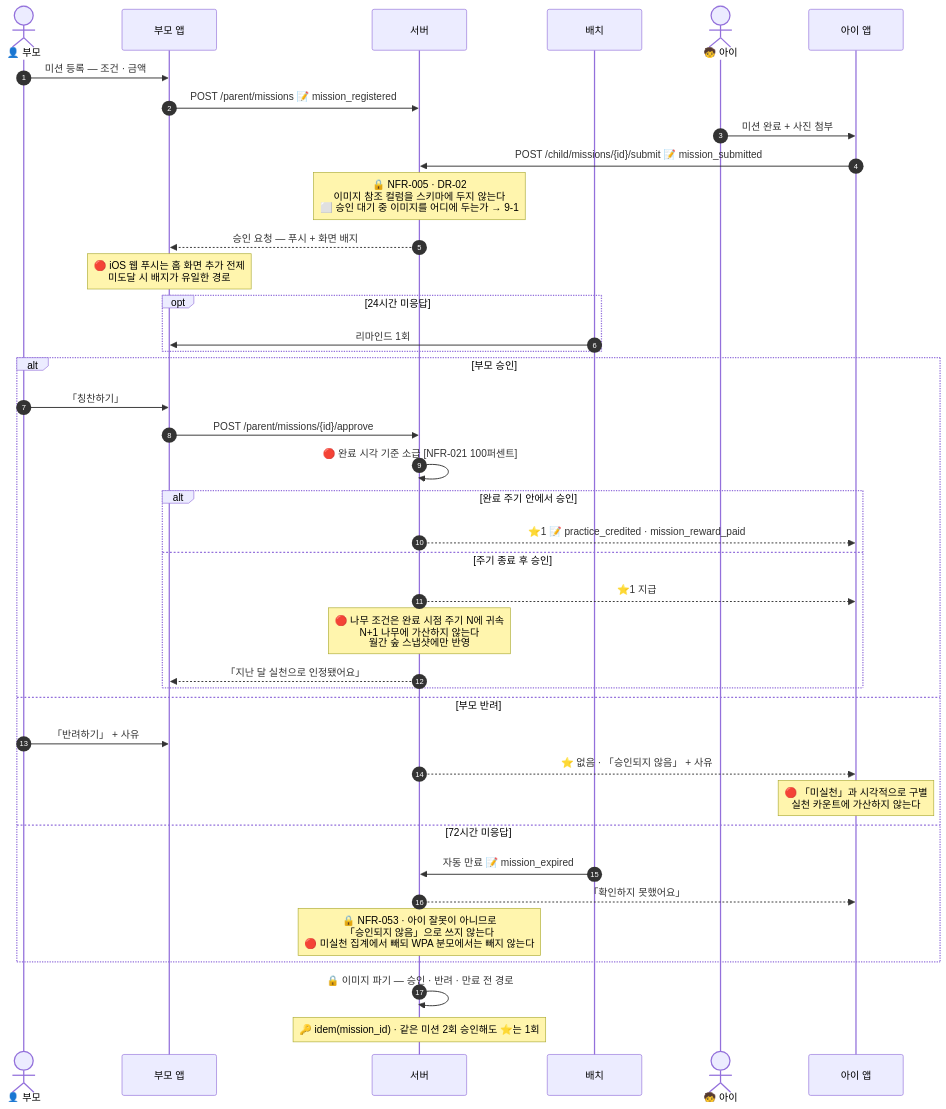
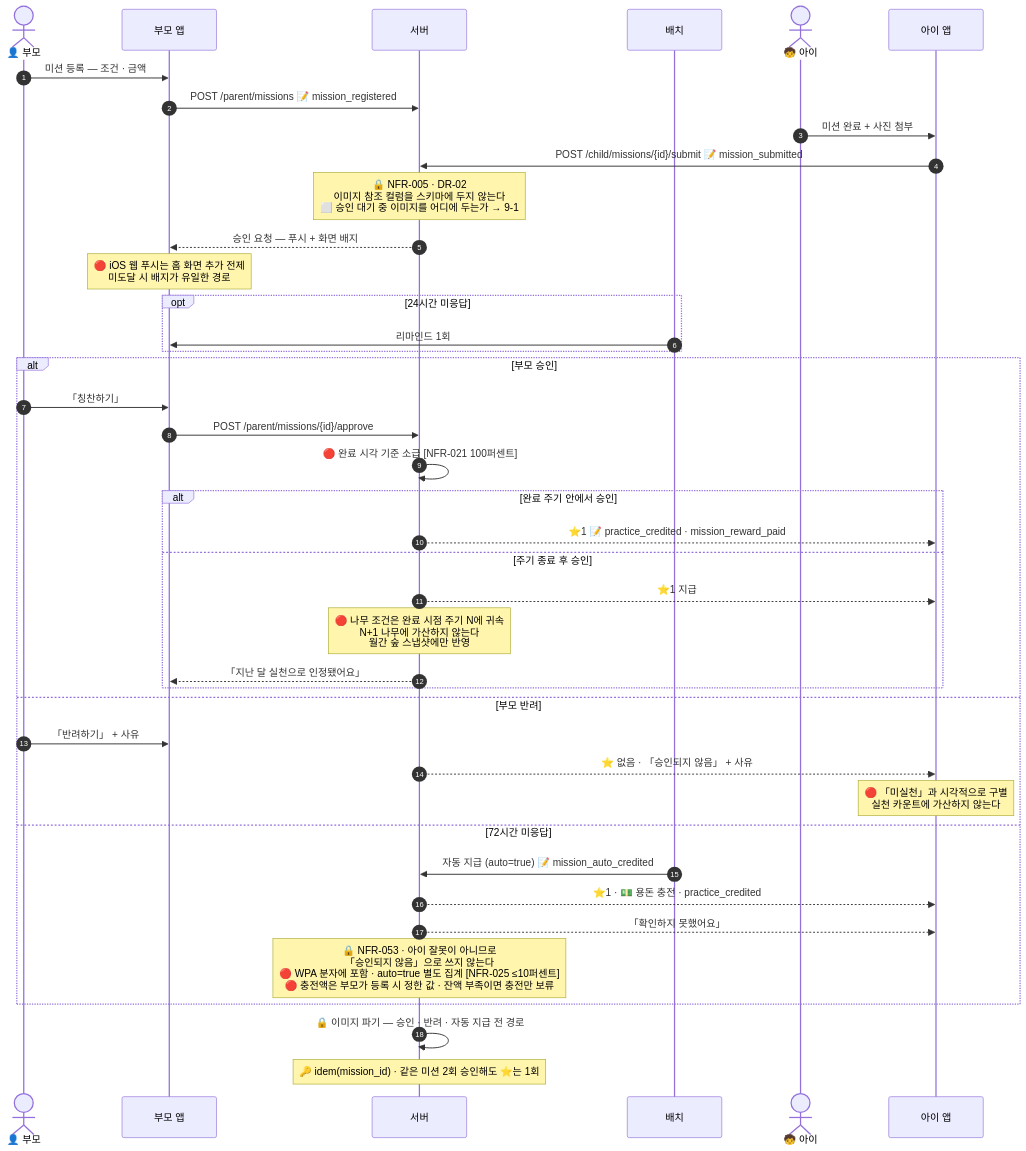
The fourth of 7 diagrams in 수빈/기술기획 산출물/비즈니스 로직/증강 시퀀스 다이어그램 (구현 명세).md (scene-one/team1_fin-friends), drawn with Mermaid before and after one commit. The commit also changed 7 other files, not shown here.

````diff
--- a/수빈/기술기획 산출물/비즈니스 로직/증강 시퀀스 다이어그램 (구현 명세).md
+++ b/수빈/기술기획 산출물/비즈니스 로직/증강 시퀀스 다이어그램 (구현 명세).md
@@ -186,48 +186,49 @@
 ```mermaid
 sequenceDiagram
     autonumber
     actor P as 👤 부모
     participant PA as 부모 앱
     participant API as 서버
     participant BAT as 배치
     actor C as 🧒 아이
     participant CA as 아이 앱
 
     P->>PA: 미션 등록 — 조건 · 금액
     PA->>API: POST /parent/missions 📝 mission_registered
 
     C->>CA: 미션 완료 + 사진 첨부
     CA->>API: POST /child/missions/{id}/submit 📝 mission_submitted
     Note over API: 🔒 NFR-005 · DR-02<br/>이미지 참조 컬럼을 스키마에 두지 않는다<br/>⬜ 승인 대기 중 이미지를 어디에 두는가 → 9-1
 
     API-->>PA: 승인 요청 — 푸시 + 화면 배지
     Note over PA: 🔴 iOS 웹 푸시는 홈 화면 추가 전제<br/>미도달 시 배지가 유일한 경로
 
     opt 24시간 미응답
         BAT->>PA: 리마인드 1회
     end
 
     alt 부모 승인
         P->>PA: 「칭찬하기」
         PA->>API: POST /parent/missions/{id}/approve
         API->>API: 🔴 완료 시각 기준 소급 [NFR-021 100퍼센트]
         alt 완료 주기 안에서 승인
             API-->>CA: ⭐1 📝 practice_credited · mission_reward_paid
         else 주기 종료 후 승인
             API-->>CA: ⭐1 지급
             Note over API: 🔴 나무 조건은 완료 시점 주기 N에 귀속<br/>N+1 나무에 가산하지 않는다<br/>월간 숲 스냅샷에만 반영
             API-->>PA: 「지난 달 실천으로 인정됐어요」
         end
     else 부모 반려
         P->>PA: 「반려하기」 + 사유
         API-->>CA: ⭐ 없음 · 「승인되지 않음」 + 사유
         Note over CA: 🔴 「미실천」과 시각적으로 구별<br/>실천 카운트에 가산하지 않는다
     else 72시간 미응답
-        BAT->>API: 자동 만료 📝 mission_expired
+        BAT->>API: 자동 지급 (auto=true) 📝 mission_auto_credited
+        API-->>CA: ⭐1 · 💵 용돈 충전 · practice_credited
         API-->>CA: 「확인하지 못했어요」
-        Note over API: 🔒 NFR-053 · 아이 잘못이 아니므로<br/>「승인되지 않음」으로 쓰지 않는다<br/>🔴 미실천 집계에서 빼되 WPA 분모에서는 빼지 않는다
+        Note over API: 🔒 NFR-053 · 아이 잘못이 아니므로<br/>「승인되지 않음」으로 쓰지 않는다<br/>🔴 WPA 분자에 포함 · auto=true 별도 집계 [NFR-025 ≤10퍼센트]<br/>🔴 충전액은 부모가 등록 시 정한 값 · 잔액 부족이면 충전만 보류
     end
 
-    API->>API: 🔒 이미지 파기 — 승인 · 반려 · 만료 전 경로
+    API->>API: 🔒 이미지 파기 — 승인 · 반려 · 자동 지급 전 경로
     Note over API: 🔑 idem(mission_id) · 같은 미션 2회 승인해도 ⭐는 1회
 ```
````
